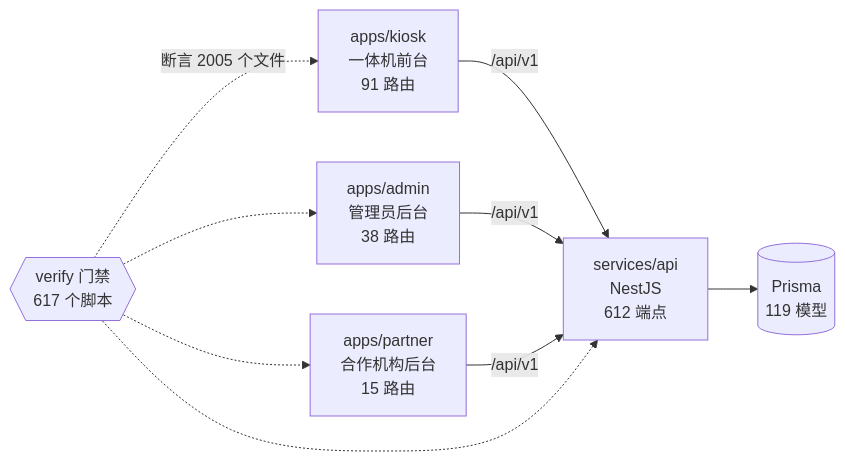
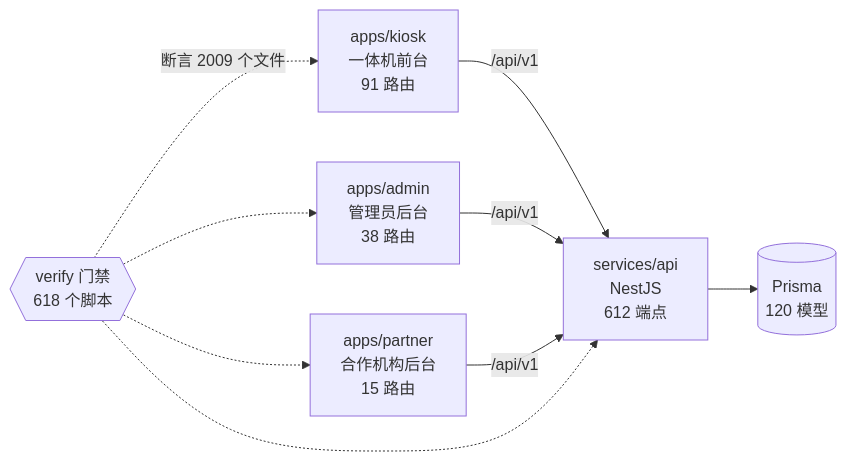
The diagram in docs/graph/README.md (wanglei581/YITIJI), drawn with Mermaid before and after one commit. The commit also changed other lines of this file and 36 other files, not shown here.

````diff
--- a/docs/graph/README.md
+++ b/docs/graph/README.md
@@ -68,18 +68,18 @@
 ```mermaid
 flowchart LR
   kiosk["apps/kiosk<br/>一体机前台<br/>91 路由"]
   admin["apps/admin<br/>管理员后台<br/>38 路由"]
   partner["apps/partner<br/>合作机构后台<br/>15 路由"]
   api["services/api<br/>NestJS<br/>612 端点"]
-  db[("Prisma<br/>119 模型")]
-  gates{{"verify 门禁<br/>617 个脚本"}}
+  db[("Prisma<br/>120 模型")]
+  gates{{"verify 门禁<br/>618 个脚本"}}
 
   kiosk -->|"/api/v1"| api
   admin -->|"/api/v1"| api
   partner -->|"/api/v1"| api
   api --> db
-  gates -.->|"断言 2005 个文件"| kiosk
+  gates -.->|"断言 2009 个文件"| kiosk
   gates -.-> admin
   gates -.-> partner
   gates -.-> api
 ```
````
